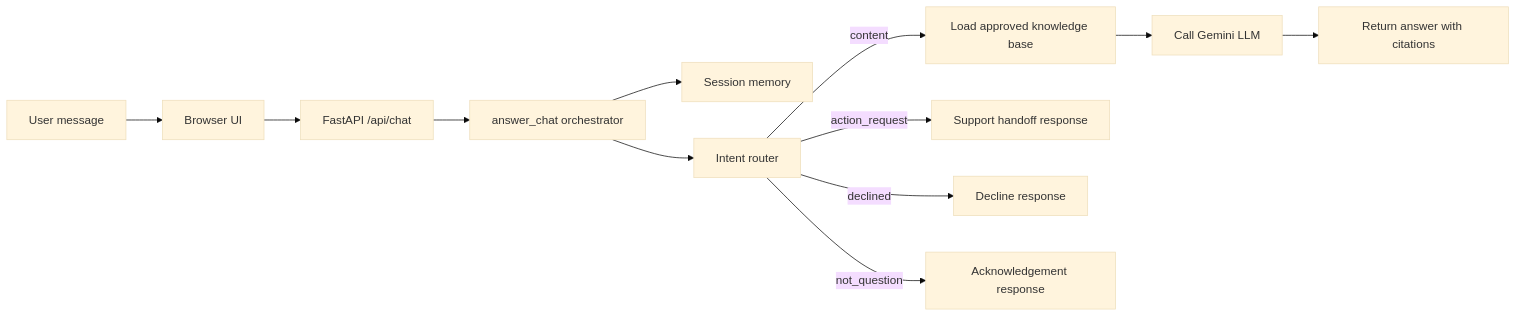
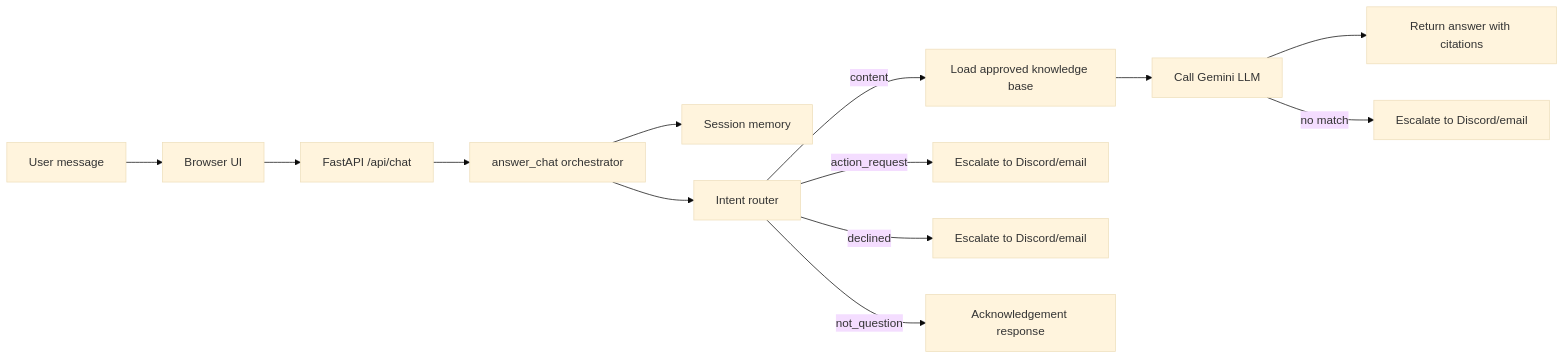
The diagram in README.md (barkath-Thegenacademy/FAQ-prd-bot), drawn with Mermaid (base theme) before and after one commit. The commit also changed other lines of this file and 14 other files, not shown here.

````diff
--- a/README.md
+++ b/README.md
@@ -18,16 +19,17 @@
 ```mermaid
 flowchart LR
     A[User message] --> B[Browser UI]
     B --> C[FastAPI /api/chat]
     C --> D[answer_chat orchestrator]
     D --> E[Session memory]
     D --> F[Intent router]
 
     F -->|content| G[Load approved knowledge base]
     G --> H[Call Gemini LLM]
     H --> I[Return answer with citations]
+    H -->|no match| M[Escalate to Discord/email]
 
-    F -->|action_request| J[Support handoff response]
-    F -->|declined| K[Decline response]
+    F -->|action_request| J[Escalate to Discord/email]
+    F -->|declined| K[Escalate to Discord/email]
     F -->|not_question| L[Acknowledgement response]
 ```
````
